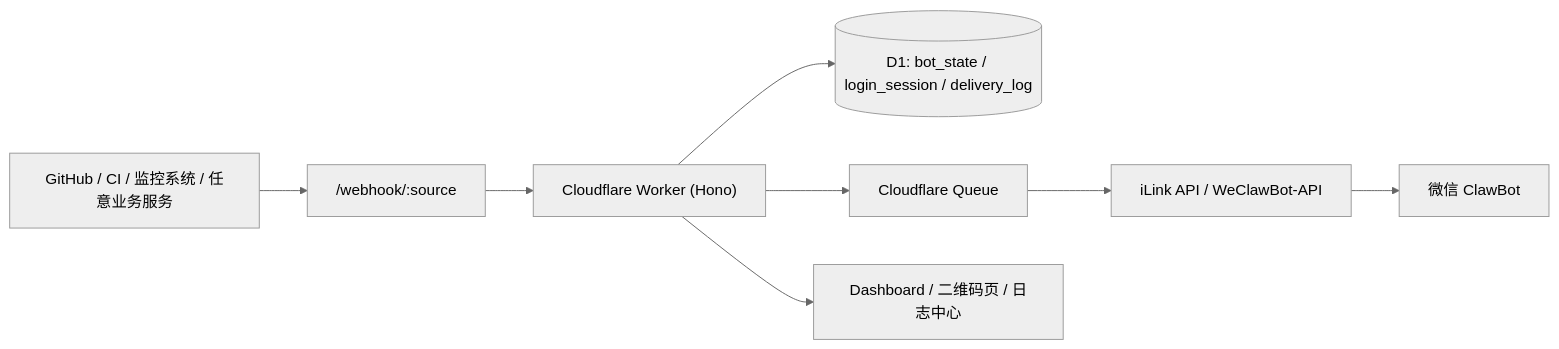
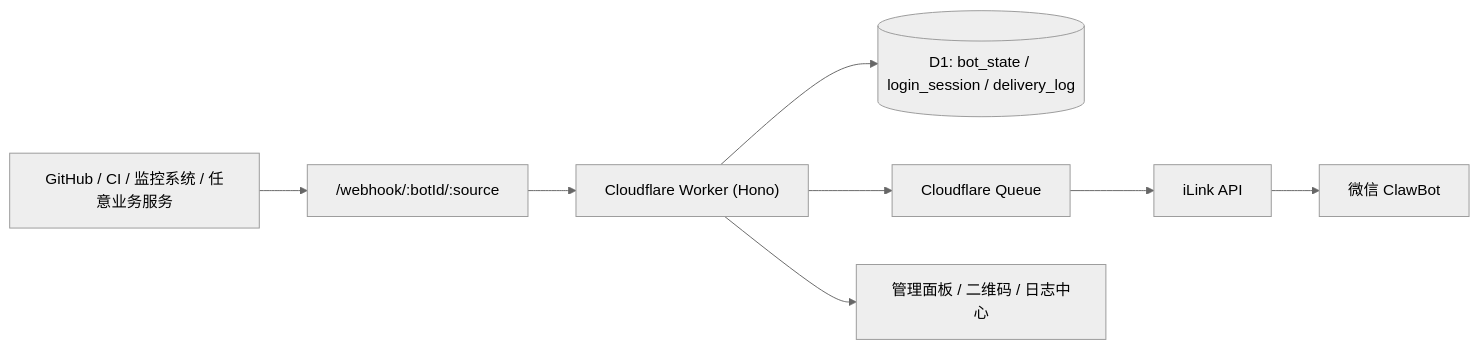
One commit to Hairow/Cloudflare-WeChat-Notifier changed the diagram in README.md. Above: the diagram before and after it, drawn with Mermaid (neutral theme). The commit also changed other lines of this file and 6 other files, not shown here.

````diff
--- a/README.md
+++ b/README.md
@@ -9,10 +9,10 @@
 ```mermaid
 flowchart LR
-  A["GitHub / CI / 监控系统 / 任意业务服务"] --> B["/webhook/:source"]
+  A["GitHub / CI / 监控系统 / 任意业务服务"] --> B["/webhook/:botId/:source"]
   B --> C["Cloudflare Worker (Hono)"]
   C --> D[("D1: bot_state / login_session / delivery_log")]
   C --> E["Cloudflare Queue"]
-  E --> F["iLink API / WeClawBot-API"]
+  E --> F["iLink API"]
   F --> G["微信 ClawBot"]
-  C --> H["Dashboard / 二维码页 / 日志中心"]
+  C --> H["管理面板 / 二维码 / 日志中心"]
 ```
````
